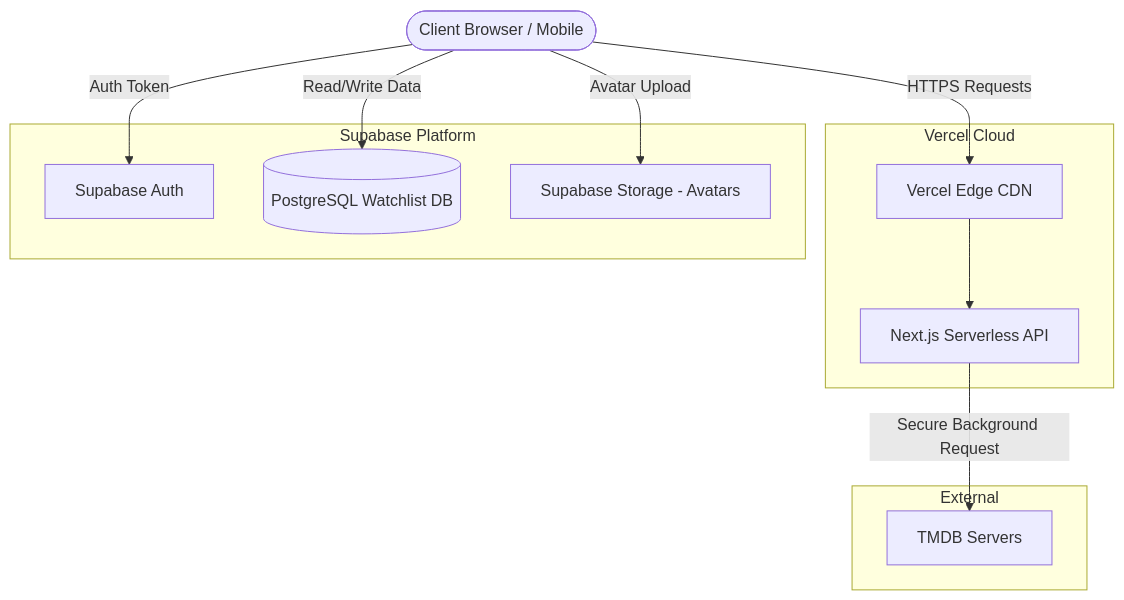
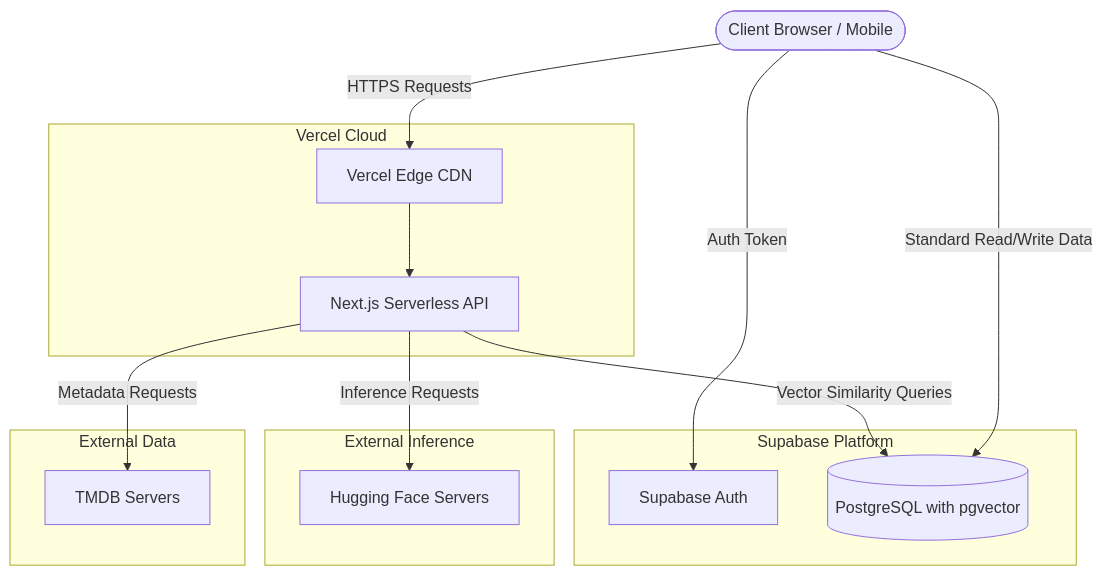
One commit to mehmetali-ozturk/movier changed the fourth of 4 diagrams in ARCHITECTURE.md. Above: the diagram before and after it, drawn with Mermaid. The commit also changed other lines of this file, not shown here.

Commit message:
Architecture update for AI analyze

````diff
--- a/ARCHITECTURE.md
+++ b/ARCHITECTURE.md
@@ -165,26 +195,30 @@
 ```mermaid
 flowchart TD
     Client([Client Browser / Mobile])
 
     subgraph Vercel Cloud
         CDN[Vercel Edge CDN]
         Node[Next.js Serverless API]
     end
 
     subgraph Supabase Platform
         Auth[Supabase Auth]
-        DB[(PostgreSQL Watchlist DB)]
-        S3[Supabase Storage - Avatars]
+        DB[(PostgreSQL with pgvector)]
     end
 
-    subgraph External
+    subgraph External Inference
+        HF[Hugging Face Servers]
+    end
+
+    subgraph External Data
         TMDB[TMDB Servers]
     end
 
     Client -->|HTTPS Requests| CDN
     CDN --> Node
-    Node -->|Secure Background Request| TMDB
+    Node -->|Metadata Requests| TMDB
+    Node -->|Inference Requests| HF
+    Node -->|Vector Similarity Queries| DB
     Client -->|Auth Token| Auth
-    Client -->|Read/Write Data| DB
-    Client -->|Avatar Upload| S3
+    Client -->|Standard Read/Write Data| DB
 ```
````
